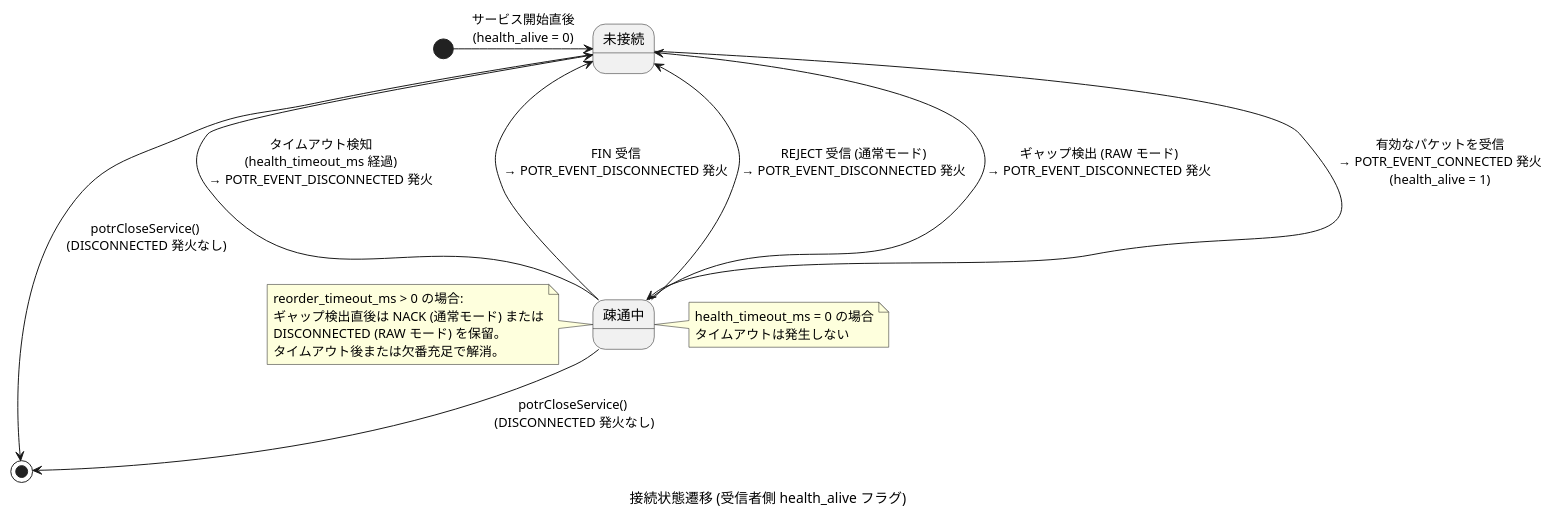
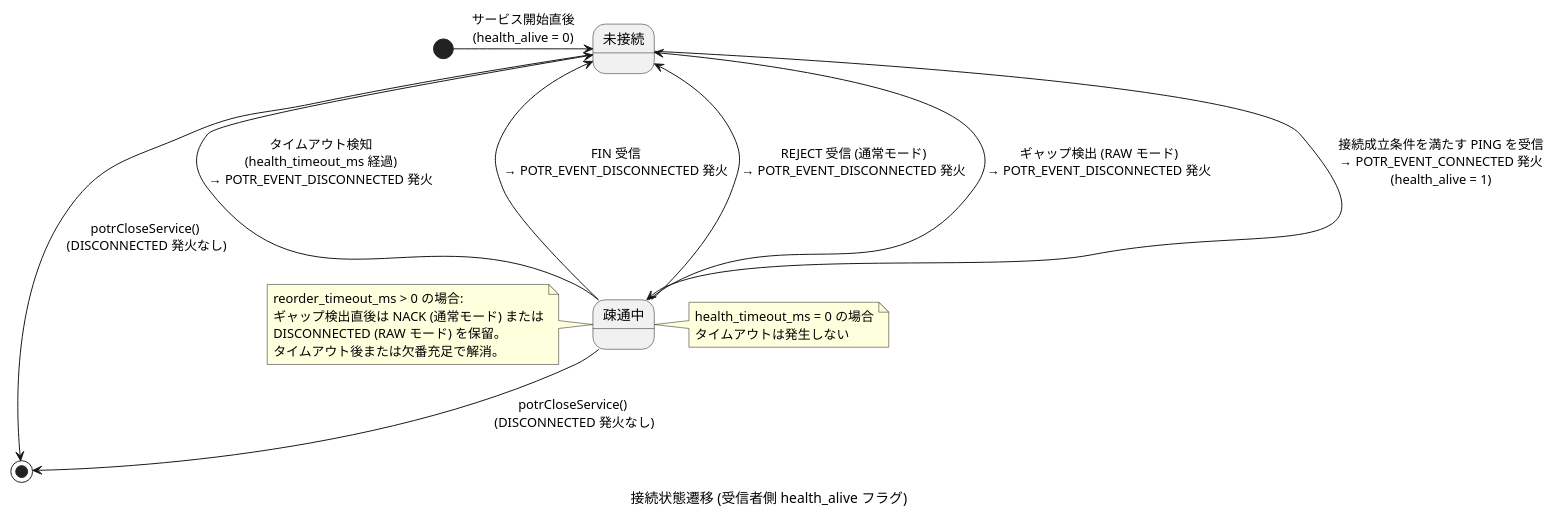
Diagram 16 of 29 in app/porter/docs/sequence.md (Hondarer/c-modernization-kit), drawn with PlantUML before and after one commit. The commit also changed 14 other files, not shown here.

````diff
--- a/app/porter/docs/sequence.md
+++ b/app/porter/docs/sequence.md
@@ -583,33 +583,33 @@
 ```plantuml
 @startuml 接続状態遷移 (受信者側 health_alive フラグ)
 caption 接続状態遷移 (受信者側 health_alive フラグ)
 
 [*] -r-> 未接続 : サービス開始直後\n(health_alive = 0)
 
-未接続 ---> 疎通中 : 有効なパケットを受信\n→ POTR_EVENT_CONNECTED 発火\n(health_alive = 1)
+未接続 ---> 疎通中 : 接続成立条件を満たす PING を受信\n→ POTR_EVENT_CONNECTED 発火\n(health_alive = 1)
 
 疎通中 ---> 未接続 : タイムアウト検知\n (health_timeout_ms 経過) \n→ POTR_EVENT_DISCONNECTED 発火
 
 疎通中 --> 未接続 : FIN 受信\n→ POTR_EVENT_DISCONNECTED 発火
 
 疎通中 --> 未接続 : REJECT 受信 (通常モード)\n→ POTR_EVENT_DISCONNECTED 発火
 
 疎通中 --> 未接続 : ギャップ検出 (RAW モード)\n→ POTR_EVENT_DISCONNECTED 発火
 
 未接続 --> [*] : potrCloseService()\n (DISCONNECTED 発火なし)
 疎通中 --> [*] : potrCloseService()\n (DISCONNECTED 発火なし)
 
 note right of 疎通中
   health_timeout_ms = 0 の場合
   タイムアウトは発生しない
 end note
 
 note left of 疎通中
   reorder_timeout_ms > 0 の場合:
   ギャップ検出直後は NACK (通常モード) または
   DISCONNECTED (RAW モード) を保留。
   タイムアウト後または欠番充足で解消。
 end note
 
 @enduml
 ```
````
